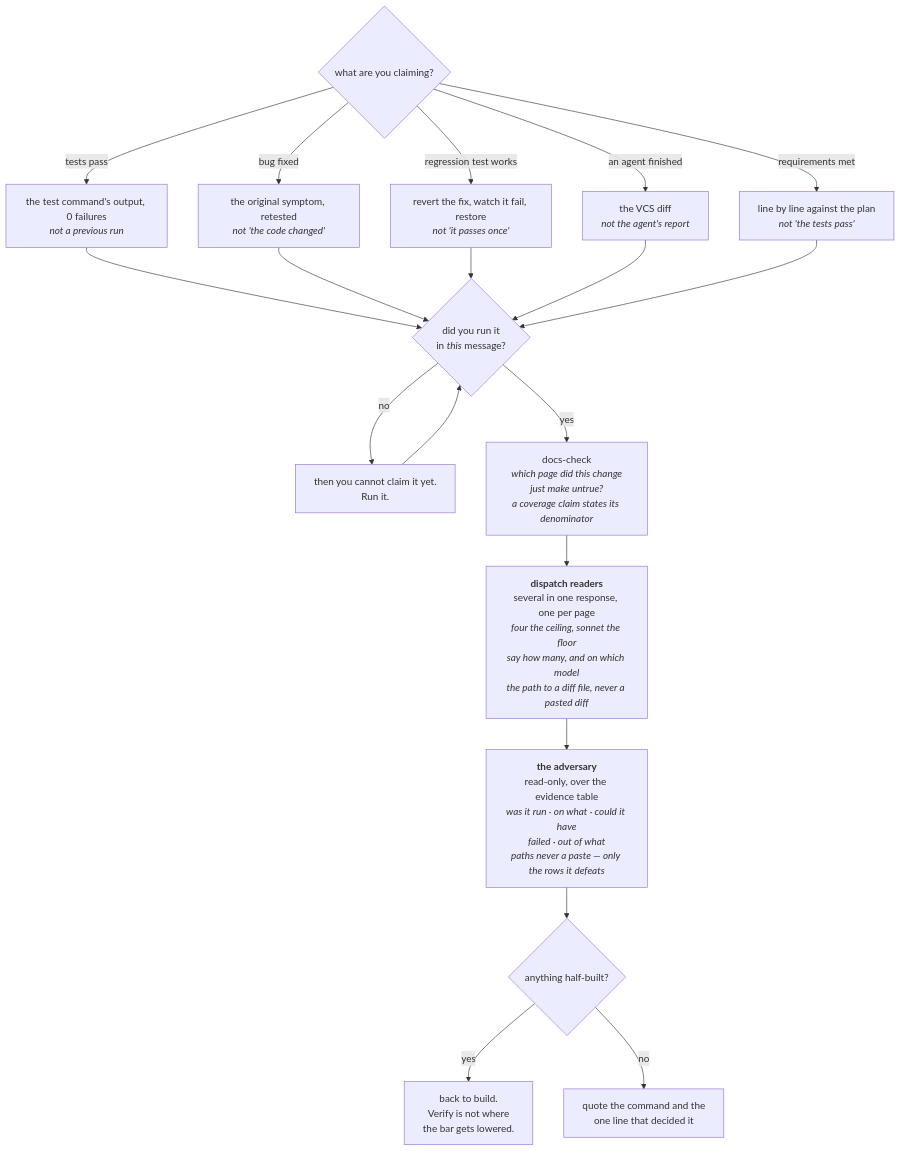
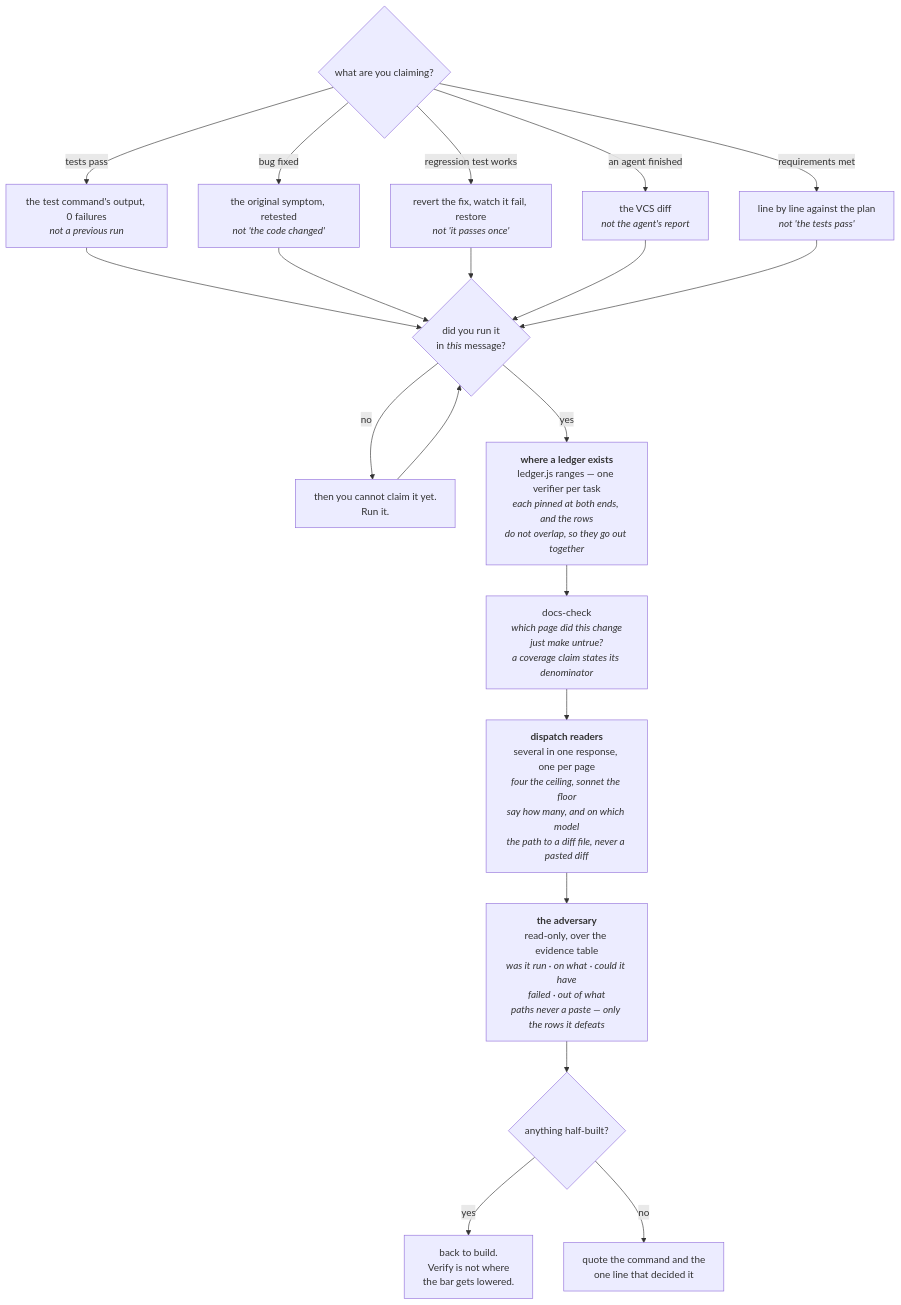
Before and after one commit to FanFantom9452/FanKeel: the sixth of 8 diagrams in docs/pipeline.md, drawn with Mermaid. The commit also changed other lines of this file and 6 other files, not shown here.

First line of the commit message:
docs: the index, the flowchart and four dates the change left behind

````diff
--- a/docs/pipeline.md
+++ b/docs/pipeline.md
@@ -524,36 +524,38 @@
 ```mermaid
 flowchart TD
     A{"what are you claiming?"}
     A1["the test command's output, 0 failures<br/><i>not a previous run</i>"]
     A2["the original symptom, retested<br/><i>not 'the code changed'</i>"]
     A3["revert the fix, watch it fail, restore<br/><i>not 'it passes once'</i>"]
     A4["the VCS diff<br/><i>not the agent's report</i>"]
     A5["line by line against the plan<br/><i>not 'the tests pass'</i>"]
     B{"did you run it<br/>in <i>this</i> message?"}
     C["then you cannot claim it yet.<br/>Run it."]
+    D0["<b>where a ledger exists</b><br/>ledger.js ranges — one verifier per task<br/><i>each pinned at both ends, and the rows<br/>do not overlap, so they go out together</i>"]
     D["docs-check<br/><i>which page did this change<br/>just make untrue?</i><br/><i>a coverage claim states its denominator</i>"]
     D1["<b>dispatch readers</b><br/>several in one response, one per page<br/><i>four the ceiling, sonnet the floor</i><br/><i>say how many, and on which model</i><br/><i>the path to a diff file, never a pasted diff</i>"]
     D2["<b>the adversary</b><br/>read-only, over the evidence table<br/><i>was it run · on what · could it have<br/>failed · out of what</i><br/><i>paths never a paste — only the rows it defeats</i>"]
     E{"anything half-built?"}
     F["back to build.<br/>Verify is not where<br/>the bar gets lowered."]
     G["quote the command and the<br/>one line that decided it"]
 
     A -- "tests pass" --> A1
     A -- "bug fixed" --> A2
     A -- "regression test works" --> A3
     A -- "an agent finished" --> A4
     A -- "requirements met" --> A5
     A1 --> B
     A2 --> B
     A3 --> B
     A4 --> B
     A5 --> B
     B -- no --> C
     C --> B
-    B -- yes --> D
+    B -- yes --> D0
+    D0 --> D
     D --> D1
     D1 --> D2
     D2 --> E
     E -- yes --> F
     E -- no --> G
 ```
````
